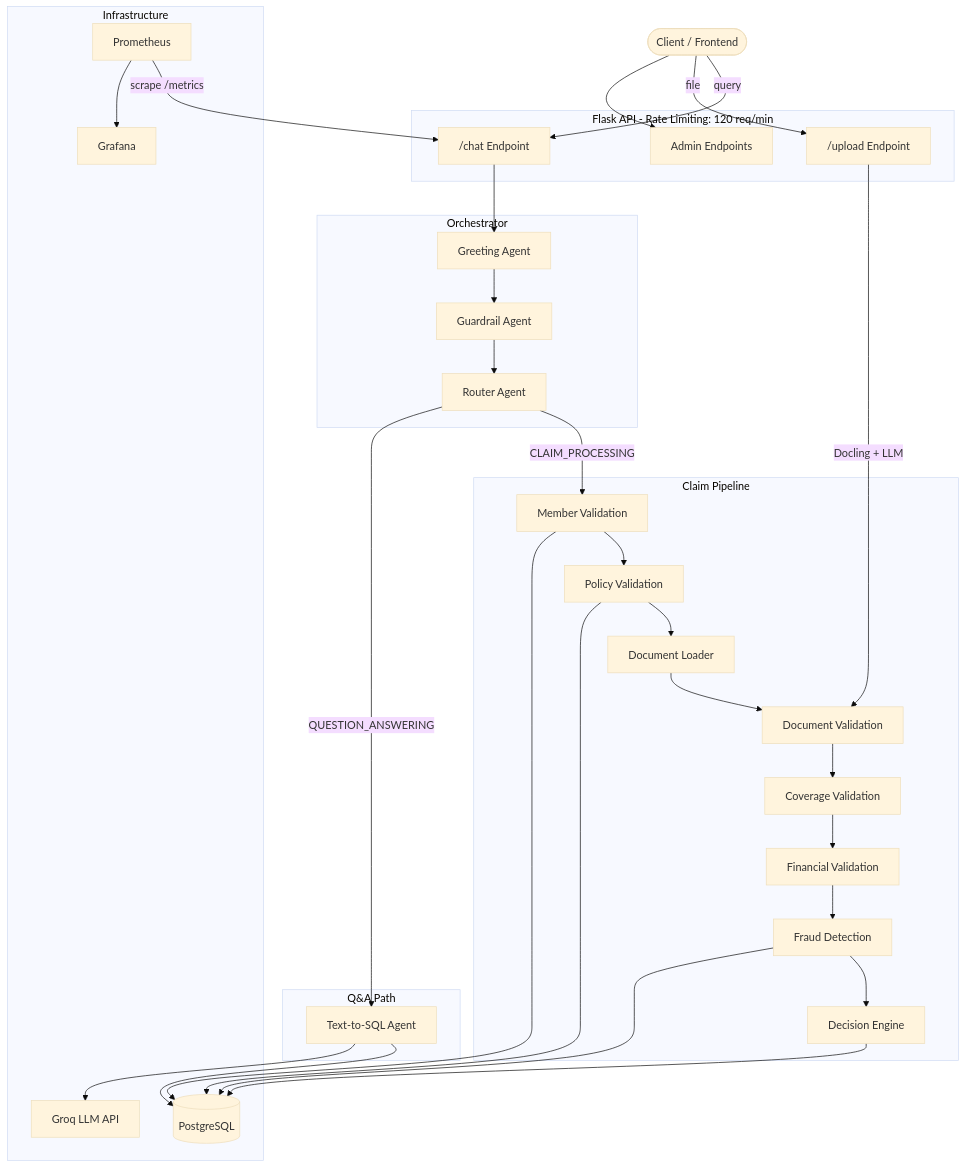
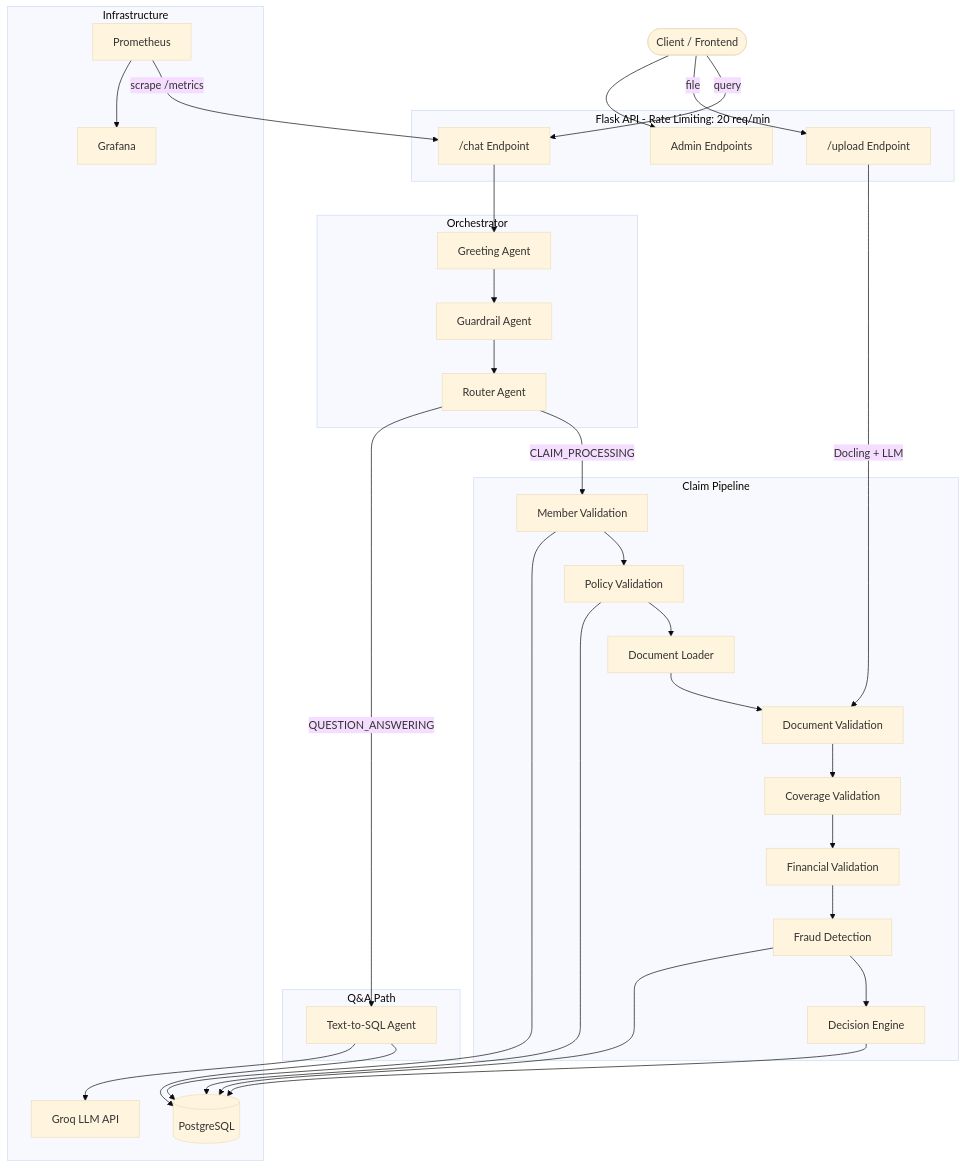
One commit to 010Harsh010/Insurence-Agent changed the diagram in backend/README.md. Above: the diagram before and after it, drawn with Mermaid (base theme).

````diff
--- a/backend/README.md
+++ b/backend/README.md
@@ -7,62 +7,62 @@
 ```mermaid
 graph TD
     Client([Client / Frontend])
 
-    subgraph Flask API  - Rate Limiting: 120 req/min
+    subgraph Flask API  - Rate Limiting: 20 req/min
         A["/chat Endpoint"]
         B["/upload Endpoint"]
         C[Admin Endpoints]
     end
 
     subgraph Orchestrator
         G[Greeting Agent]
         GR[Guardrail Agent]
         R[Router Agent]
     end
 
     subgraph Claim Pipeline
         MV[Member Validation]
         PV[Policy Validation]
         DL[Document Loader]
         DV[Document Validation]
         CV[Coverage Validation]
         FV[Financial Validation]
         FR[Fraud Detection]
         DE[Decision Engine]
     end
 
     subgraph Q&A Path
         SQL[Text-to-SQL Agent]
     end
 
     subgraph Infrastructure
         PG[(PostgreSQL)]
         LLM[Groq LLM API]
         Prom[Prometheus]
         Graf[Grafana]
     end
 
     Client -->|query| A
     Client -->|file| B
     Client --> C
 
     A --> G --> GR --> R
     R -->|CLAIM_PROCESSING| MV
     R -->|QUESTION_ANSWERING| SQL
 
     MV --> PV --> DL --> DV --> CV --> FV --> FR --> DE
 
     B -->|Docling + LLM| DV
 
     SQL --> PG
     MV --> PG
     PV --> PG
     DE --> PG
     FR --> PG
 
 
     SQL --> LLM
 
     Prom -->|scrape /metrics| A
     Prom --> Graf
 ```
````
